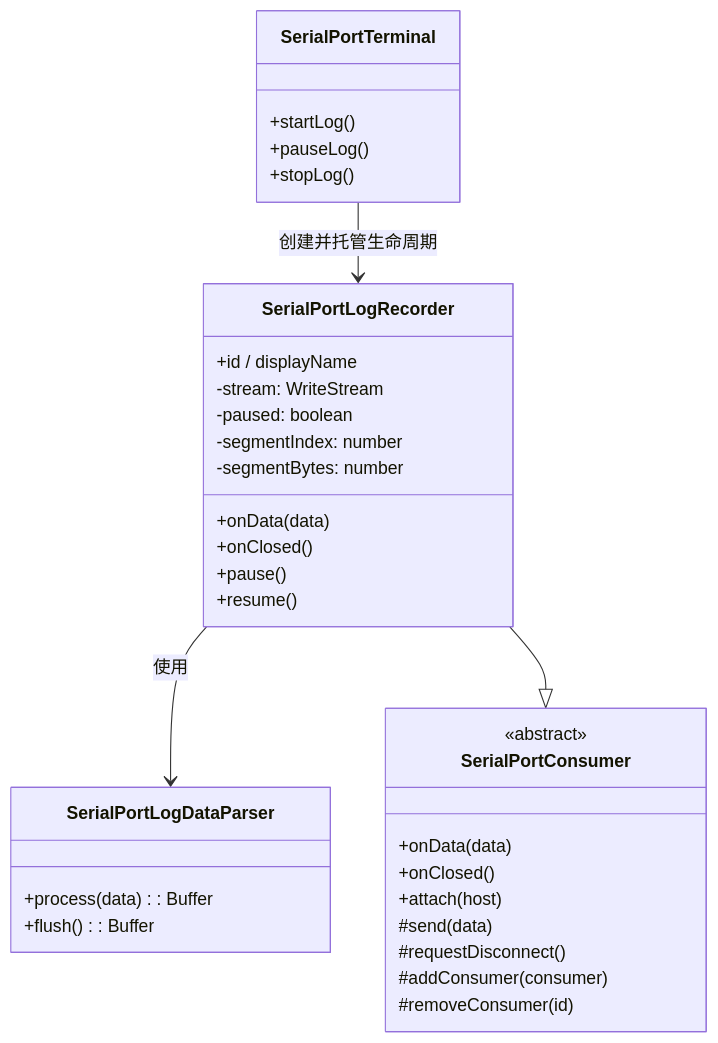
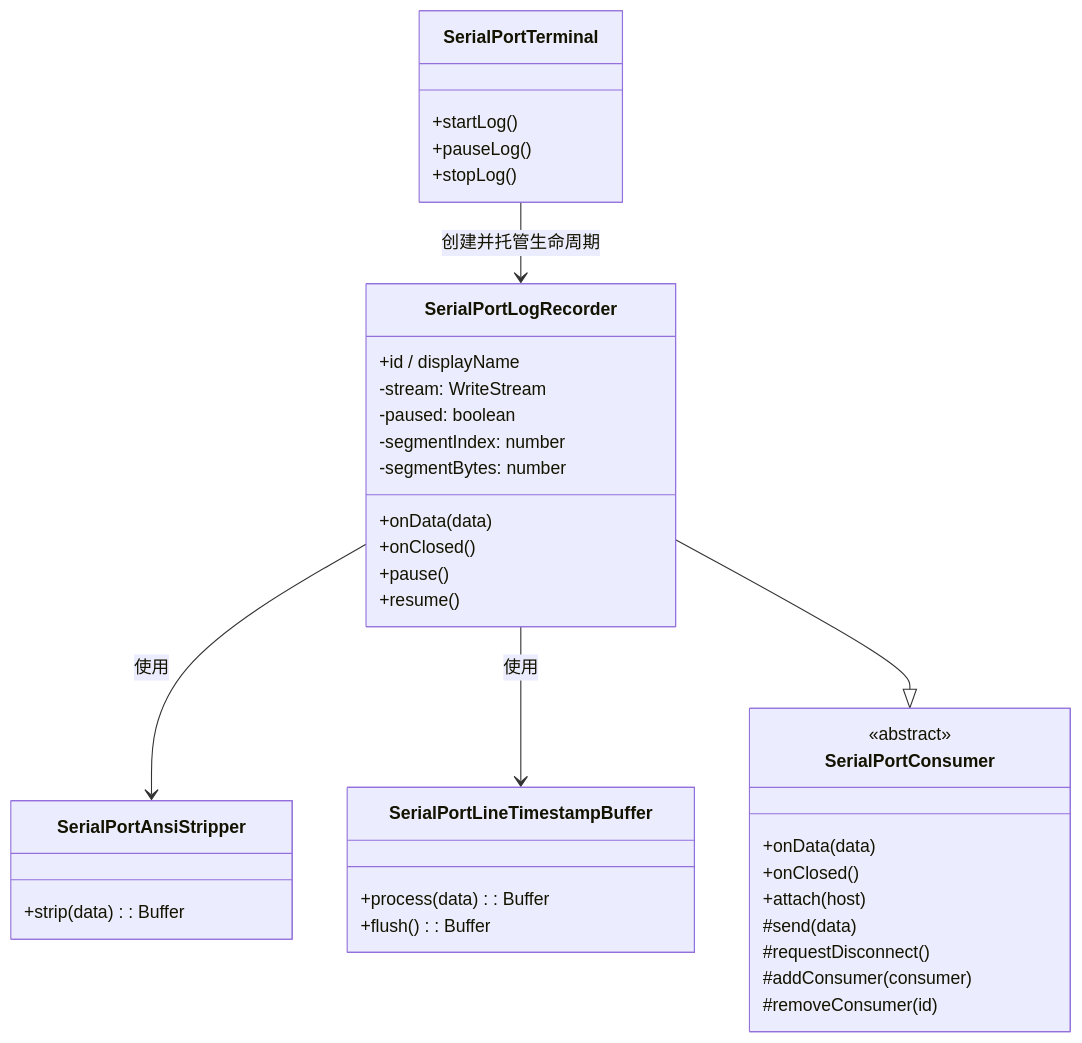
The diagram in doc/ConsumerDesign/SerialPortLogRecorder设计.md (ziqiang-zhu/vscode-serial-port-terminal), drawn with Mermaid before and after one commit. The commit also changed other lines of this file and 7 other files, not shown here.

First line of the commit message:
refactor: wire the log recorder to the split data parsers

````diff
--- a/doc/ConsumerDesign/SerialPortLogRecorder设计.md
+++ b/doc/ConsumerDesign/SerialPortLogRecorder设计.md
@@ -166,36 +166,40 @@
 ```mermaid
 classDiagram
     class SerialPortConsumer {
         <<abstract>>
         +onData(data)
         +onClosed()
         +attach(host)
         #send(data)
         #requestDisconnect()
         #addConsumer(consumer)
         #removeConsumer(id)
     }
     class SerialPortLogRecorder {
         +id / displayName
         +onData(data)
         +onClosed()
         +pause()
         +resume()
         -stream: WriteStream
         -paused: boolean
         -segmentIndex: number
         -segmentBytes: number
     }
-    class SerialPortLogDataParser {
+    class SerialPortAnsiStripper {
+        +strip(data): Buffer
+    }
+    class SerialPortLineTimestampBuffer {
         +process(data): Buffer
         +flush(): Buffer
     }
     class SerialPortTerminal {
         +startLog()
         +pauseLog()
         +stopLog()
     }
-    SerialPortLogRecorder --> SerialPortLogDataParser : 使用
+    SerialPortLogRecorder --> SerialPortAnsiStripper : 使用
+    SerialPortLogRecorder --> SerialPortLineTimestampBuffer : 使用
     SerialPortLogRecorder --|> SerialPortConsumer
     SerialPortTerminal --> SerialPortLogRecorder : 创建并托管生命周期
 ```
````
